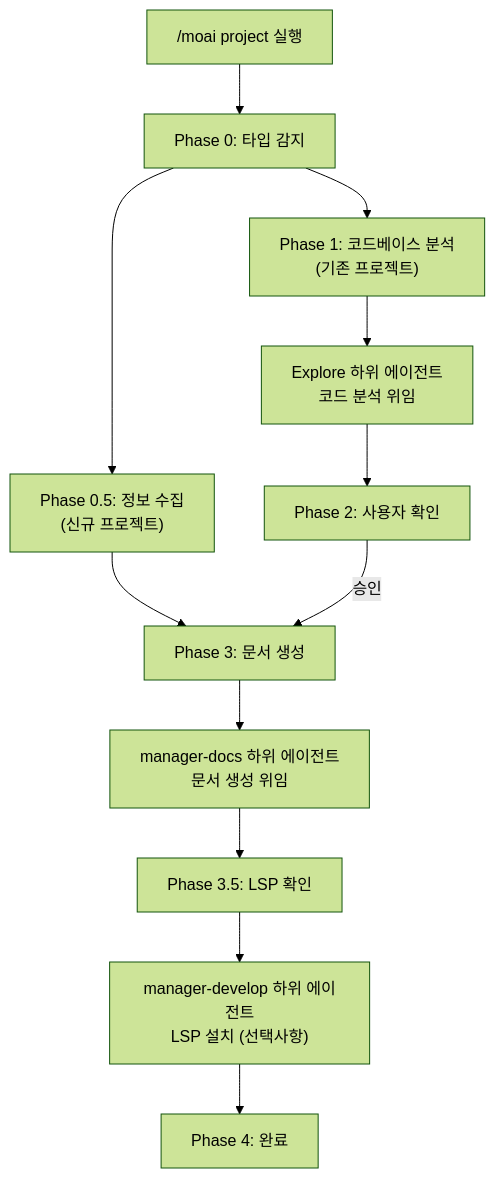
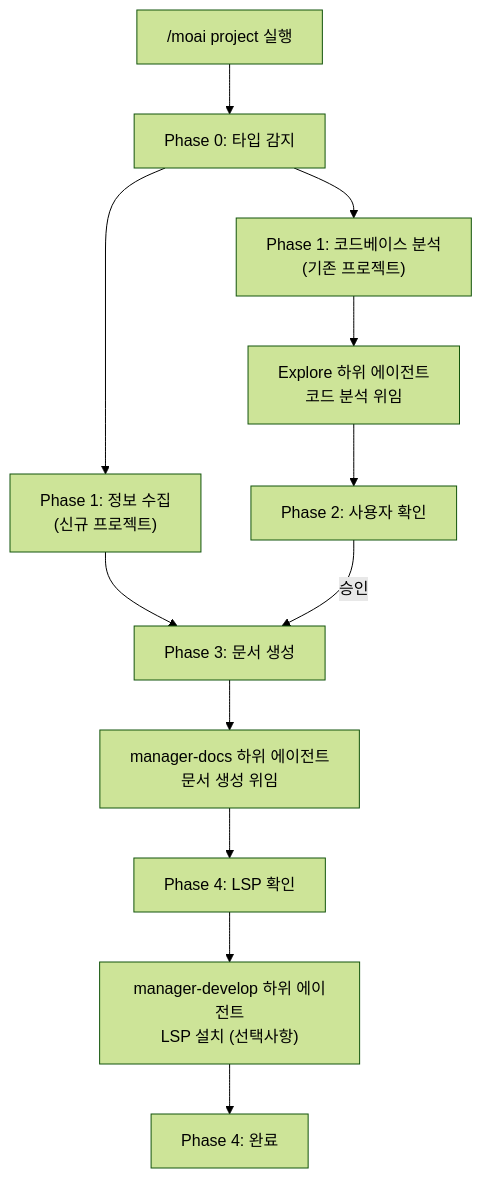
The second of 2 diagrams in docs-site/content/ko/workflow-commands/moai-project.md (modu-ai/moai-adk), drawn with Mermaid (forest theme) before and after one commit. The commit also changed other lines of this file and 190 other files, not shown here.

````diff
--- a/docs-site/content/ko/workflow-commands/moai-project.md
+++ b/docs-site/content/ko/workflow-commands/moai-project.md
@@ -506,18 +506,18 @@
 ```mermaid
 flowchart TD
     Start["/moai project 실행"] --> Phase0["Phase 0: 타입 감지"]
-    Phase0 --> Phase05["Phase 0.5: 정보 수집<br/>(신규 프로젝트)"]
+    Phase0 --> Phase05["Phase 1: 정보 수집<br/>(신규 프로젝트)"]
     Phase0 --> Phase1["Phase 1: 코드베이스 분석<br/>(기존 프로젝트)"]
 
     Phase1 --> Explore["Explore 하위 에이전트<br/>코드 분석 위임"]
     Explore --> Phase2["Phase 2: 사용자 확인"]
 
     Phase05 --> Phase3["Phase 3: 문서 생성"]
     Phase2 -->|승인| Phase3
 
     Phase3 --> Docs["manager-docs 하위 에이전트<br/>문서 생성 위임"]
-    Docs --> Phase35["Phase 3.5: LSP 확인"]
+    Docs --> Phase35["Phase 4: LSP 확인"]
 
     Phase35 --> DevOps["manager-develop 하위 에이전트<br/>LSP 설치 (선택사항)"]
     DevOps --> Phase4["Phase 4: 완료"]
 ```
````
